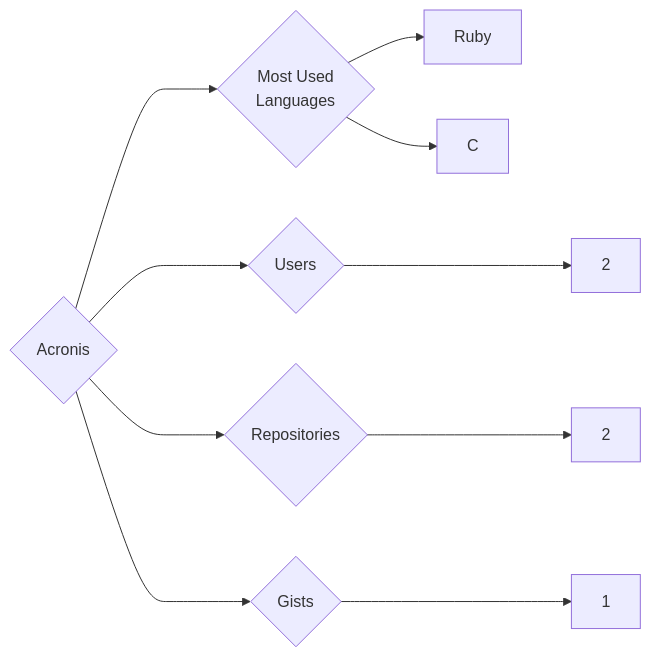
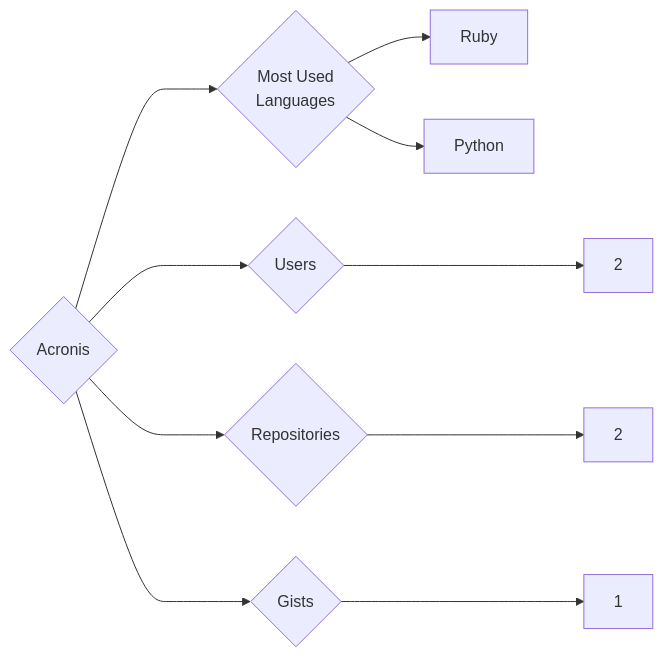
Before and after one commit to trickest/insiders: the diagram in targets/Acronis/README.md, drawn with Mermaid. The commit also changed 1036 other files, not shown here.

````diff
--- a/targets/Acronis/README.md
+++ b/targets/Acronis/README.md
@@ -3,10 +3,10 @@
 ```mermaid
 graph LR
 COMPANY_NAME{Acronis}
 COMPANY_NAME ---> U{Users} ---> UN[2]
 COMPANY_NAME ---> R{Repositories} ---> RN[2]
 COMPANY_NAME ---> G{Gists} ---> GN[1]
 COMPANY_NAME ---> ML{Most Used<br>Languages}
 ML --> Ruby[Ruby]
-ML --> C[C]
+ML --> Python[Python]
 ```
````
